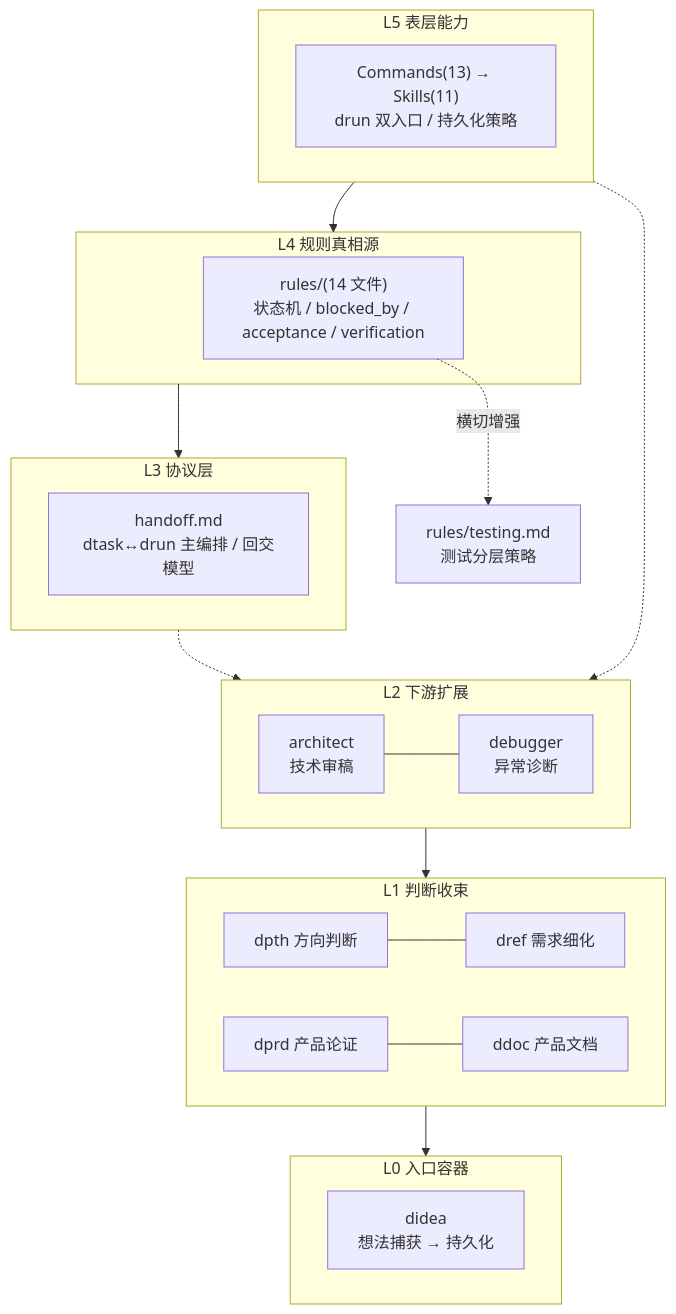
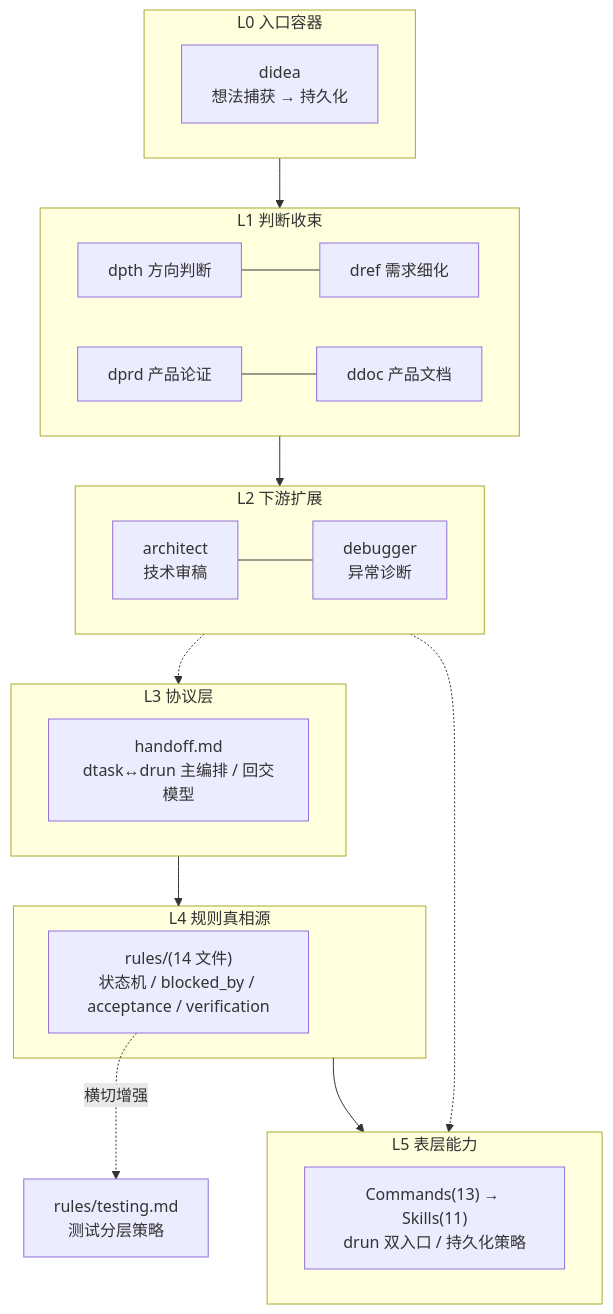
Before and after one commit to ssdiwu/diwu-flow: the first of 2 diagrams in README.md, drawn with Mermaid.

Commit message:
[修复] 六层架构总览 mermaid 方向修正：L0→L5 自底向上
- 主链方向从 L5→L4→L3 + L2→L1→L0 颠倒
- 改为 L0→L1→L2（用户面自底向上）+ L3→L4→L5（基础设施面）

Category: bugfix
Files: README.md
Evidence: L4 (mermaid 渲染验证方向正确)
Status: Done

````diff
--- a/README.md
+++ b/README.md
@@ -30,28 +30,28 @@
 ```mermaid
 flowchart TB
     subgraph L5["L5 表层能力"]
         CMD["Commands(13) → Skills(11)<br/>drun 双入口 / 持久化策略"]
     end
     subgraph L4["L4 规则真相源"]
         RULES["rules/(14 文件)<br/>状态机 / blocked_by / acceptance / verification"]
     end
     subgraph L3["L3 协议层"]
         HO["handoff.md<br/>dtask↔drun 主编排 / 回交模型"]
     end
     subgraph L2["L2 下游扩展"]
         ARC["architect<br/>技术审稿"] --- DBG["debugger<br/>异常诊断"]
     end
     subgraph L1["L1 判断收束"]
         DPTH["dpth 方向判断"] --- DREF["dref 需求细化"]
         DPRD["dprd 产品论证"] --- DDOC["ddoc 产品文档"]
     end
     subgraph L0["L0 入口容器"]
         DIDEA["didea<br/>想法捕获 → 持久化"]
     end
 
-    L5 --> L4 --> L3
-    L2 --> L1 --> L0
-    L3 -.-> L2
-    L5 -.-> L2
+    L0 --> L1 --> L2
+    L3 --> L4 --> L5
+    L2 -.-> L3
+    L2 -.-> L5
     RULES -.->|横切增强| TEST["rules/testing.md<br/>测试分层策略"]
 ```
````
